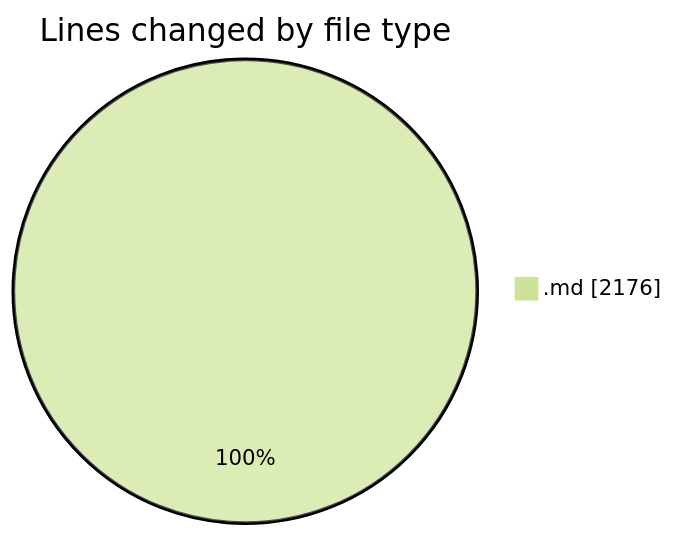
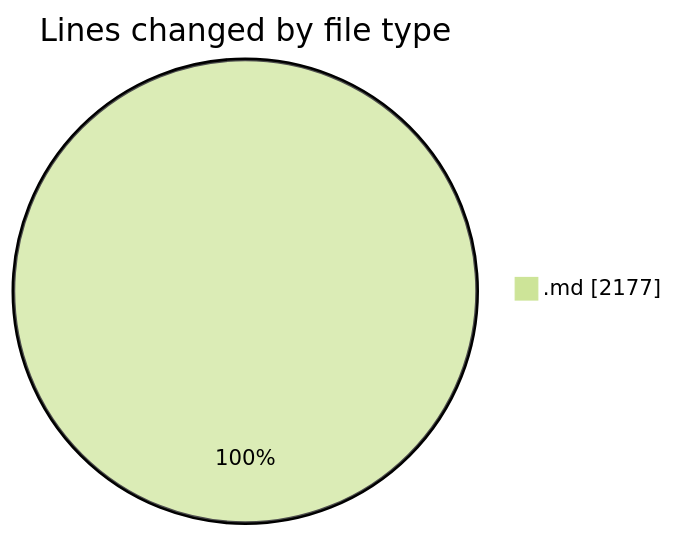
Before and after one commit to Ritupan-Deka/code-tracking: the first of 2 diagrams in 2025-07-09/urlwebwala_intership_work/README.md, drawn with Mermaid (forest theme). The commit also changed other lines of this file and 1 other file, not shown here.

````diff
--- a/2025-07-09/urlwebwala_intership_work/README.md
+++ b/2025-07-09/urlwebwala_intership_work/README.md
@@ -20,5 +20,5 @@
 ```mermaid
 pie showData
 title Lines changed by file type
-".md" : 2176
+".md" : 2177
 ```
````
